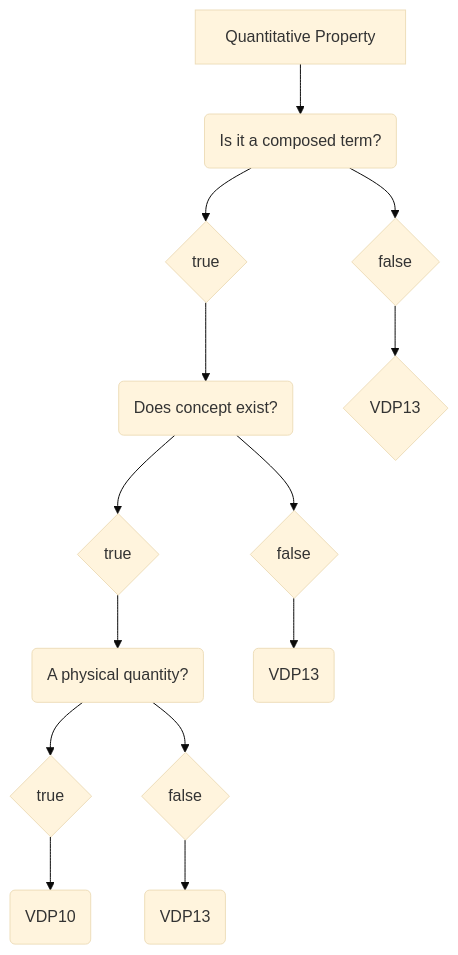
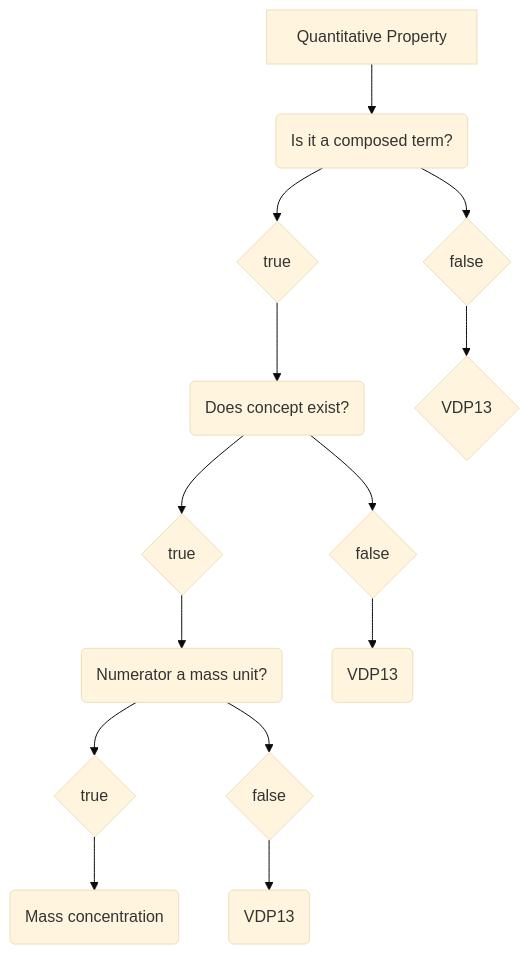
One commit to mabablue/I-ADOPT-patterns-playground changed the diagram in Decisition_trees/DT1.mmd. Above: the diagram before and after it, drawn with Mermaid (base theme).

```diff
--- a/Decisition_trees/DT1.mmd
+++ b/Decisition_trees/DT1.mmd
@@ -1,14 +1,14 @@
 flowchart TD
     A[Quantitative Property] --> B(Is it a composed term?)
     B --> C{true}
     B --> D{false}
     C --> E(Does concept exist?) 
     E --> F{true}
     E --> G{false}
-    F --> H(A physical quantity?)
+    F --> H(Numerator a mass unit?)
     D --> I{VDP13} 
     G --> J(VDP13)
     H --> L{true}
-    L --> M(VDP10)
+    L --> M(Mass concentration)
     H --> N{false}
     N --> O(VDP13)
```
